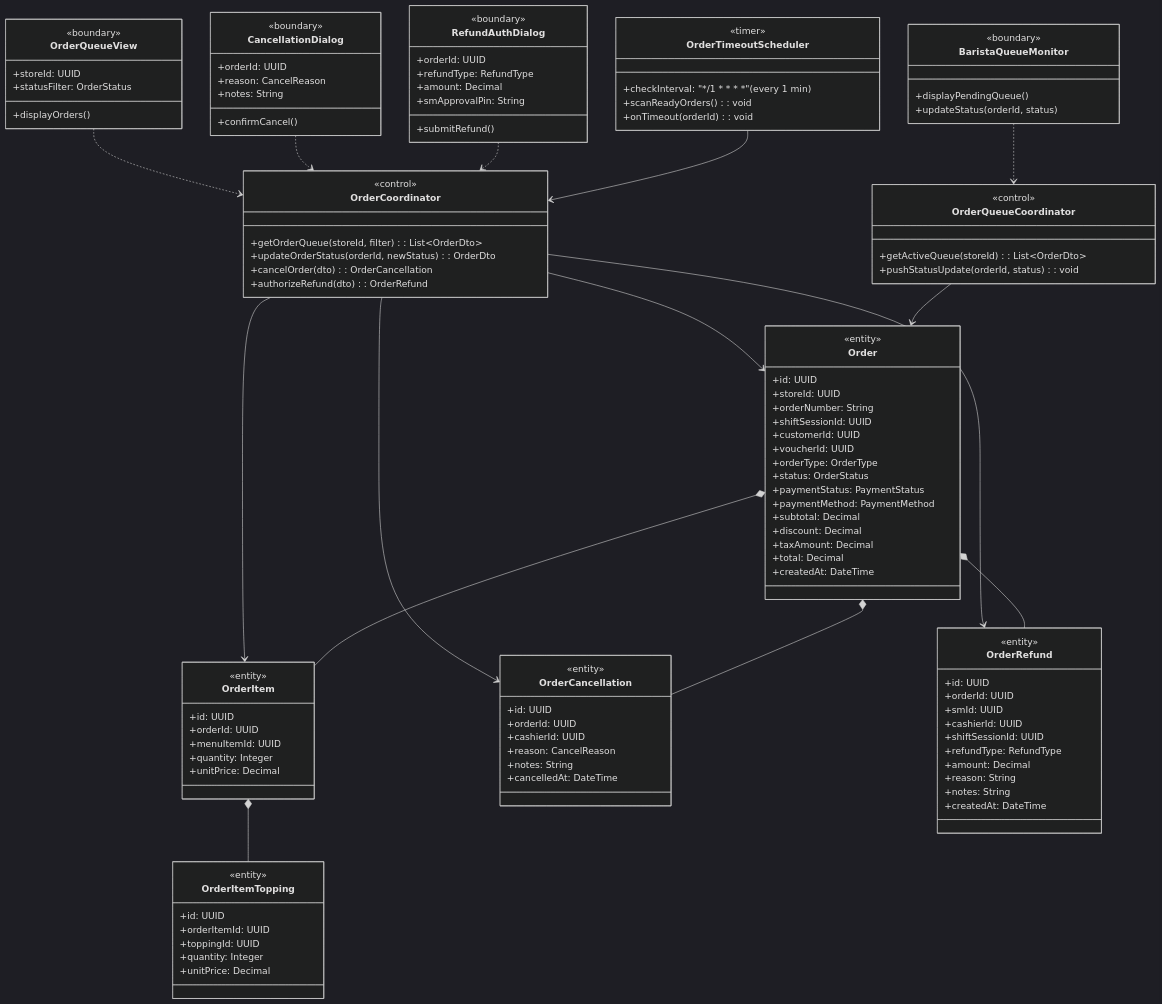
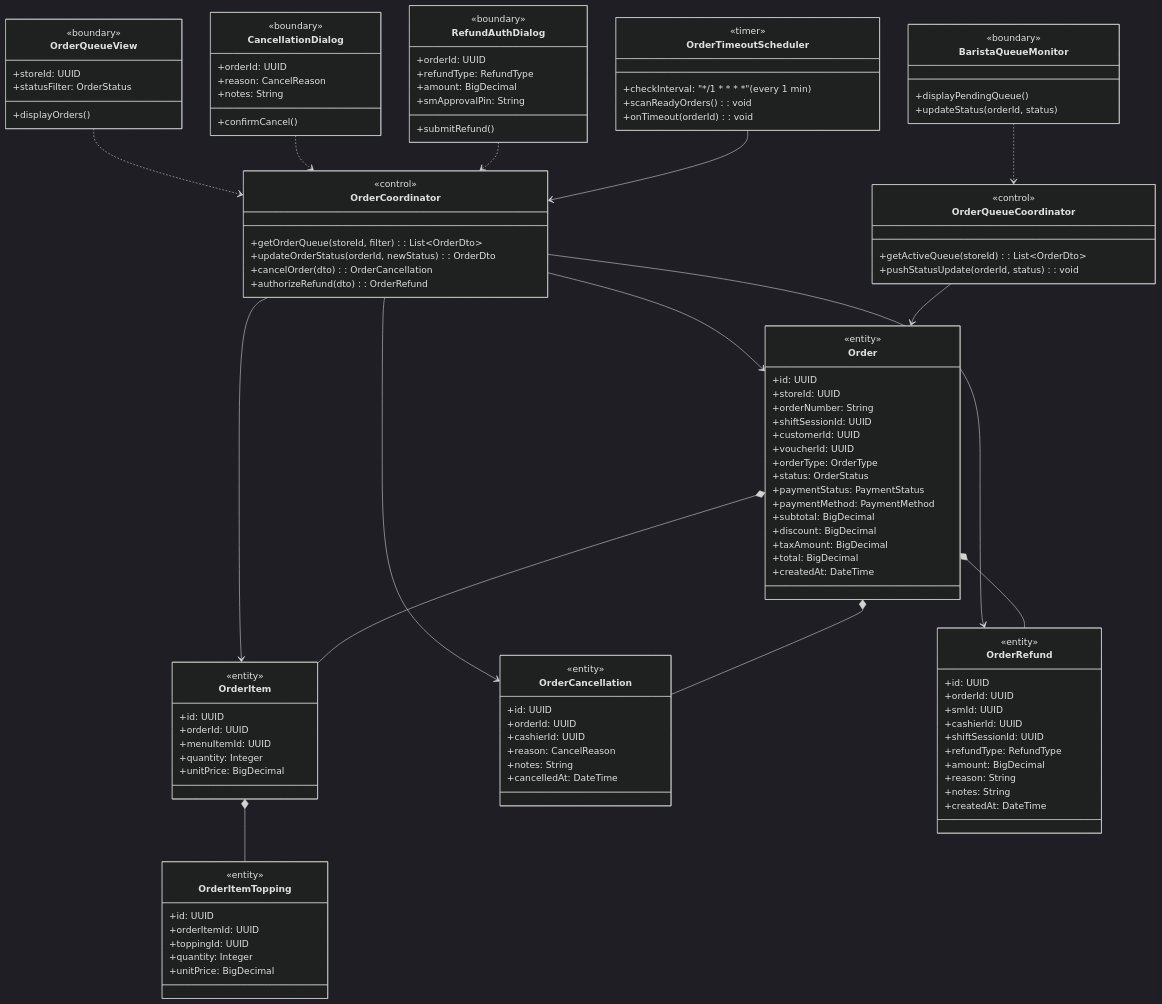
Before and after one commit to Shaichi/Khoga_coffe_shop: the first of 5 diagrams in rds_sections/11_detailed_3_8_order_management.md, drawn with Mermaid (dark theme). The commit also changed other lines of this file and 13 other files, not shown here.

Commit message:
docs(rds): Update User entity fields and change Decimal to BigDecimal

```diff
--- a/rds_sections/11_detailed_3_8_order_management.md
+++ b/rds_sections/11_detailed_3_8_order_management.md
@@ -30,7 +30,7 @@
         <<boundary>>
         +orderId: UUID
         +refundType: RefundType
-        +amount: Decimal
+        +amount: BigDecimal
         +smApprovalPin: String
         +submitRefund()
     }
@@ -64,10 +64,10 @@
         +status: OrderStatus
         +paymentStatus: PaymentStatus
         +paymentMethod: PaymentMethod
-        +subtotal: Decimal
-        +discount: Decimal
-        +taxAmount: Decimal
-        +total: Decimal
+        +subtotal: BigDecimal
+        +discount: BigDecimal
+        +taxAmount: BigDecimal
+        +total: BigDecimal
         +createdAt: DateTime
     }
     class OrderItem {
@@ -76,7 +76,7 @@
         +orderId: UUID
         +menuItemId: UUID
         +quantity: Integer
-        +unitPrice: Decimal
+        +unitPrice: BigDecimal
     }
     class OrderItemTopping {
         <<entity>>
@@ -84,7 +84,7 @@
         +orderItemId: UUID
         +toppingId: UUID
         +quantity: Integer
-        +unitPrice: Decimal
+        +unitPrice: BigDecimal
     }
     class OrderCancellation {
         <<entity>>
@@ -103,7 +103,7 @@
         +cashierId: UUID
         +shiftSessionId: UUID
         +refundType: RefundType
-        +amount: Decimal
+        +amount: BigDecimal
         +reason: String
         +notes: String
         +createdAt: DateTime
```
